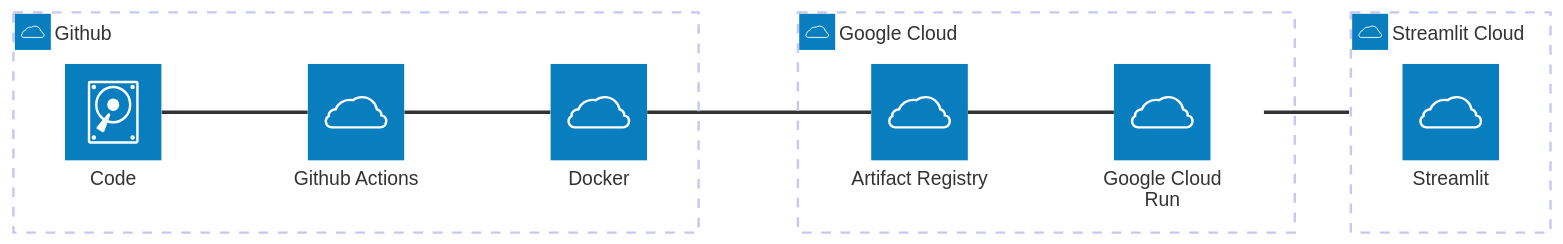
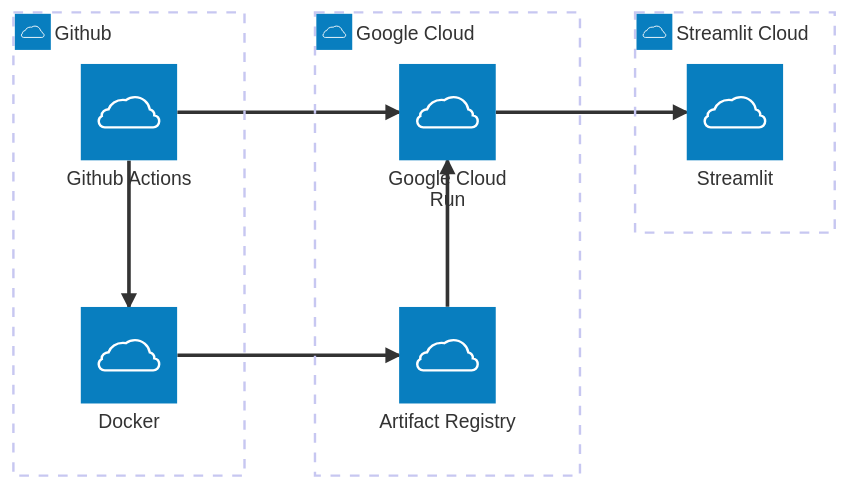
One commit to yeungadrian/PortfolioBuilder changed the diagram in README.md. Above: the diagram before and after it, drawn with Mermaid. The commit also changed other lines of this file, not shown here.

````diff
--- a/README.md
+++ b/README.md
@@ -34,22 +34,20 @@
 ```mermaid
 architecture-beta
     group github(cloud)[Github]
-    service code(disk)[Code] in github
     service github_action(cloud)[Github Actions] in github
     service docker(cloud)[Docker] in github
 
     group google_cloud(cloud)[Google Cloud]
     service artifact_registry(cloud)[Artifact Registry] in google_cloud
     service cloud_run(cloud)[Google Cloud Run] in google_cloud
 
     group StreamlitCloud(cloud)[Streamlit Cloud]
     service Streamlit(cloud)[Streamlit] in StreamlitCloud
 
-    code:R -- L:github_action
-    github_action:R -- L:docker
+    github_action:B --> T:docker
+    docker:R --> L:artifact_registry
+    github_action:R --> L:cloud_run
+    artifact_registry:T --> B:cloud_run
 
-    docker:R -- L:artifact_registry
-    artifact_registry:R -- L:cloud_run
-
-    cloud_run{group}:R -- L:Streamlit{group}
+    cloud_run:R --> L:Streamlit
 ```
````
